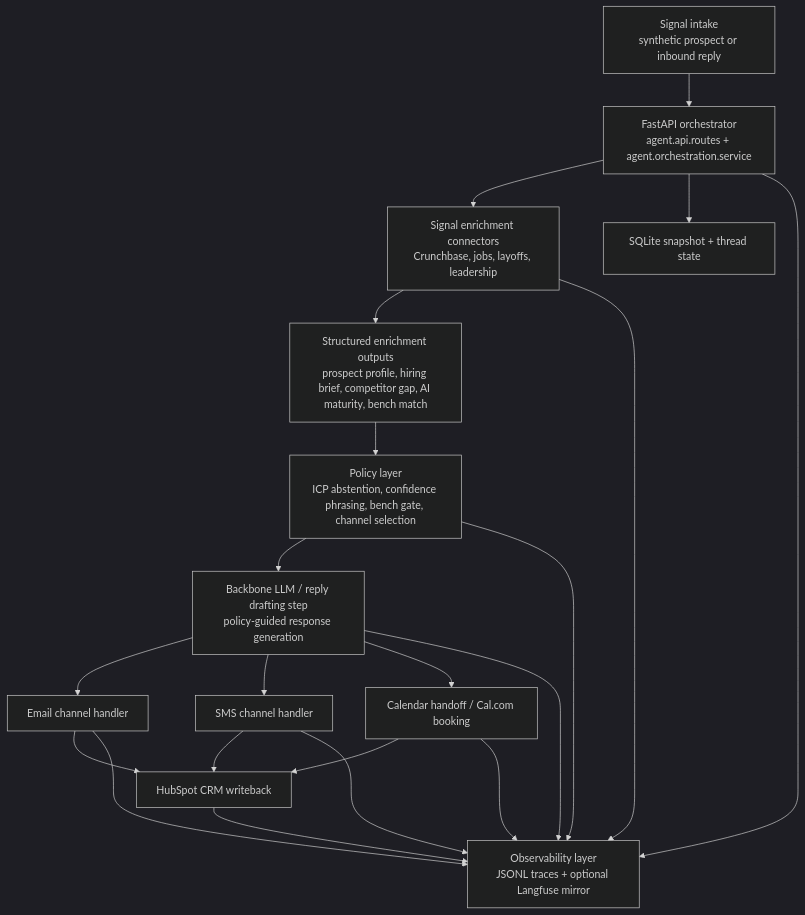
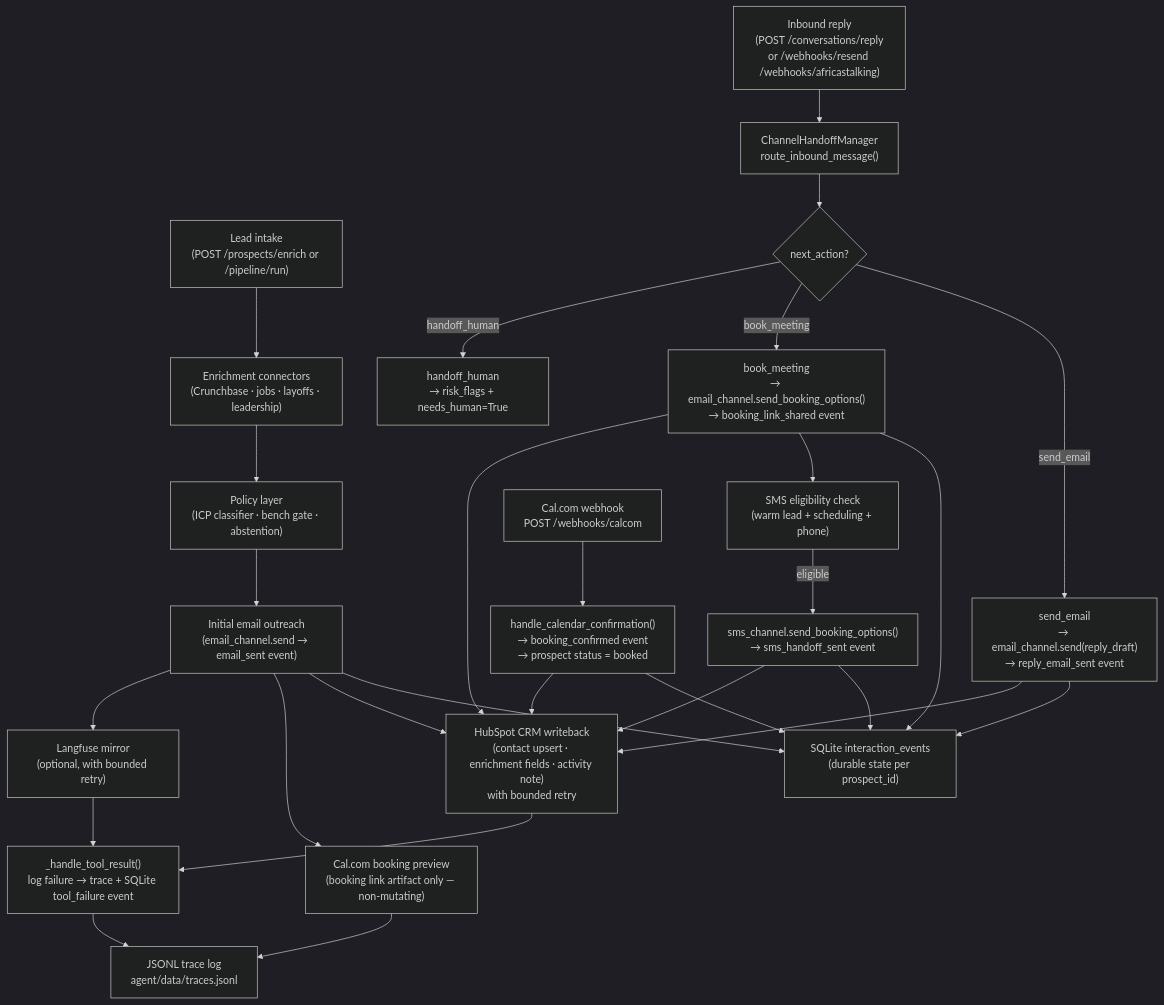
One commit to NuryeNigusMekonen/TheConversionEngine changed the diagram in README.md. Above: the diagram before and after it, drawn with Mermaid (dark theme). The commit also changed other lines of this file and 17 other files, not shown here.

````diff
--- a/README.md
+++ b/README.md
@@ -19,23 +53,42 @@
 ```mermaid
 flowchart TD
-    A[Signal intake<br/>synthetic prospect or inbound reply] --> B[FastAPI orchestrator<br/>agent.api.routes + agent.orchestration.service]
-    B --> C[Signal enrichment connectors<br/>Crunchbase, jobs, layoffs, leadership]
-    C --> D[Structured enrichment outputs<br/>prospect profile, hiring brief, competitor gap, AI maturity, bench match]
-    D --> E[Policy layer<br/>ICP abstention, confidence phrasing, bench gate, channel selection]
-    E --> F[Backbone LLM / reply drafting step<br/>policy-guided response generation]
-    F --> G[Email channel handler]
-    F --> H[SMS channel handler]
-    F --> I[Calendar handoff / Cal.com booking]
-    G --> J[HubSpot CRM writeback]
-    H --> J
-    I --> J
-    B --> K[SQLite snapshot + thread state]
-    B --> L[Observability layer<br/>JSONL traces + optional Langfuse mirror]
-    C --> L
-    E --> L
-    F --> L
-    G --> L
-    H --> L
-    I --> L
-    J --> L
+    A["Lead intake\n(POST /prospects/enrich or /pipeline/run)"]
+    B["Enrichment connectors\n(Crunchbase · jobs · layoffs · leadership)"]
+    C["Policy layer\n(ICP classifier · bench gate · abstention)"]
+    D["Initial email outreach\n(email_channel.send → email_sent event)"]
+    E["SQLite interaction_events\n(durable state per prospect_id)"]
+    F["Inbound reply\n(POST /conversations/reply\nor /webhooks/resend /webhooks/africastalking)"]
+    G["ChannelHandoffManager\nroute_inbound_message()"]
+    H{"next_action?"}
+    I["send_email\n→ email_channel.send(reply_draft)\n→ reply_email_sent event"]
+    J["book_meeting\n→ email_channel.send_booking_options()\n→ booking_link_shared event"]
+    K["SMS eligibility check\n(warm lead + scheduling + phone)"]
+    L["sms_channel.send_booking_options()\n→ sms_handoff_sent event"]
+    M["handoff_human\n→ risk_flags + needs_human=True"]
+    N["HubSpot CRM writeback\n(contact upsert · enrichment fields · activity note)\nwith bounded retry"]
+    O["Cal.com booking preview\n(booking link artifact only — non-mutating)"]
+    P["Cal.com webhook\nPOST /webhooks/calcom"]
+    Q["handle_calendar_confirmation()\n→ booking_confirmed event\n→ prospect status = booked"]
+    R["Langfuse mirror\n(optional, with bounded retry)"]
+    S["JSONL trace log\nagent/data/traces.jsonl"]
+    T["_handle_tool_result()\nlog failure → trace + SQLite tool_failure event"]
+
+    A --> B --> C --> D --> E
+    D --> N
+    D --> O
+    D --> R
+    F --> G --> H
+    H -->|send_email| I --> E
+    H -->|book_meeting| J --> E
+    J --> K -->|eligible| L --> E
+    H -->|handoff_human| M
+    I --> N
+    J --> N
+    L --> N
+    N --> T
+    O --> S
+    R --> T
+    P --> Q --> E
+    Q --> N
+    T --> S
 ```
````
